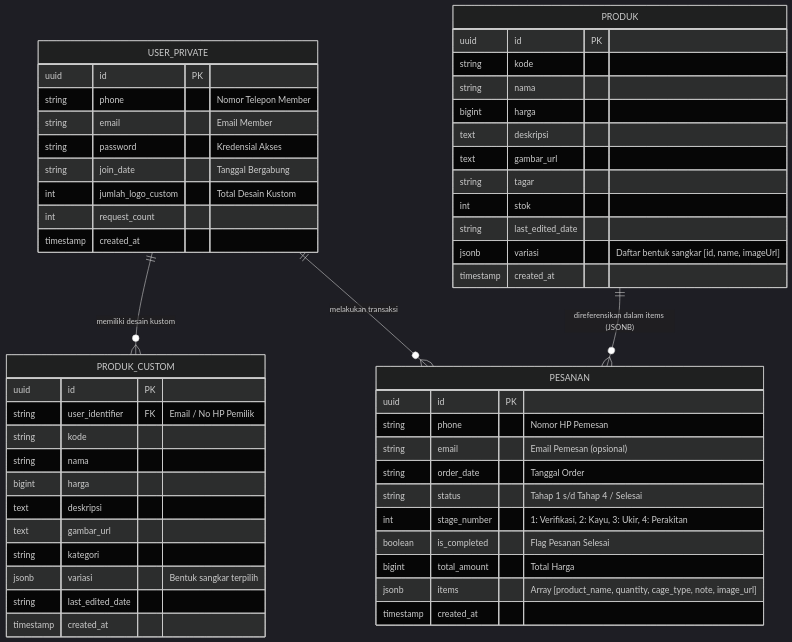
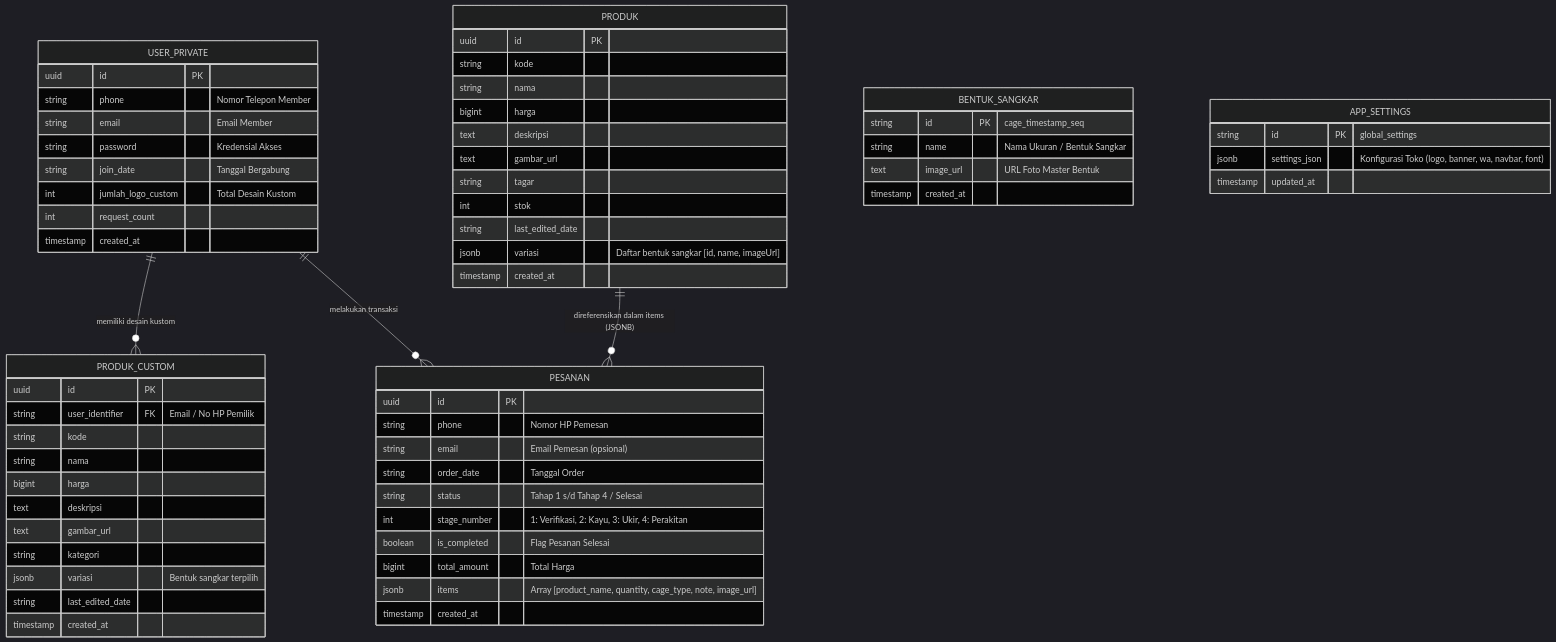
One commit to Dav2257/katalog changed the diagram in dokumen/backend/skema_database.md. Above: the diagram before and after it, drawn with Mermaid (dark theme). The commit also changed other lines of this file and 6 other files, not shown here.

Commit message:
docs: perbarui seluruh dokumentasi arsitektur tabel bentuk_sangkar, app_settings, tema krem, dan sinkronisasi service

````diff
--- a/dokumen/backend/skema_database.md
+++ b/dokumen/backend/skema_database.md
@@ -23,58 +23,71 @@
 ```mermaid
 erDiagram
     USER_PRIVATE ||--o{ PRODUK_CUSTOM : "memiliki desain kustom"
     USER_PRIVATE ||--o{ PESANAN : "melakukan transaksi"
     PRODUK ||--o{ PESANAN : "direferensikan dalam items (JSONB)"
     
     PRODUK {
         uuid id PK
         string kode
         string nama
         bigint harga
         text deskripsi
         text gambar_url
         string tagar
         int stok
         string last_edited_date
         jsonb variasi "Daftar bentuk sangkar [id, name, imageUrl]"
         timestamp created_at
     }
 
     PRODUK_CUSTOM {
         uuid id PK
         string user_identifier FK "Email / No HP Pemilik"
         string kode
         string nama
         bigint harga
         text deskripsi
         text gambar_url
         string kategori
         jsonb variasi "Bentuk sangkar terpilih"
         string last_edited_date
         timestamp created_at
     }
 
     USER_PRIVATE {
         uuid id PK
         string phone "Nomor Telepon Member"
         string email "Email Member"
         string password "Kredensial Akses"
         string join_date "Tanggal Bergabung"
         int jumlah_logo_custom "Total Desain Kustom"
         int request_count
         timestamp created_at
     }
 
     PESANAN {
         uuid id PK
         string phone "Nomor HP Pemesan"
         string email "Email Pemesan (opsional)"
         string order_date "Tanggal Order"
         string status "Tahap 1 s/d Tahap 4 / Selesai"
         int stage_number "1: Verifikasi, 2: Kayu, 3: Ukir, 4: Perakitan"
         boolean is_completed "Flag Pesanan Selesai"
         bigint total_amount "Total Harga"
         jsonb items "Array [product_name, quantity, cage_type, note, image_url]"
         timestamp created_at
     }
+
+    BENTUK_SANGKAR {
+        string id PK "cage_timestamp_seq"
+        string name "Nama Ukuran / Bentuk Sangkar"
+        text image_url "URL Foto Master Bentuk"
+        timestamp created_at
+    }
+
+    APP_SETTINGS {
+        string id PK "global_settings"
+        jsonb settings_json "Konfigurasi Toko (logo, banner, wa, navbar, font)"
+        timestamp updated_at
+    }
 ```
````
